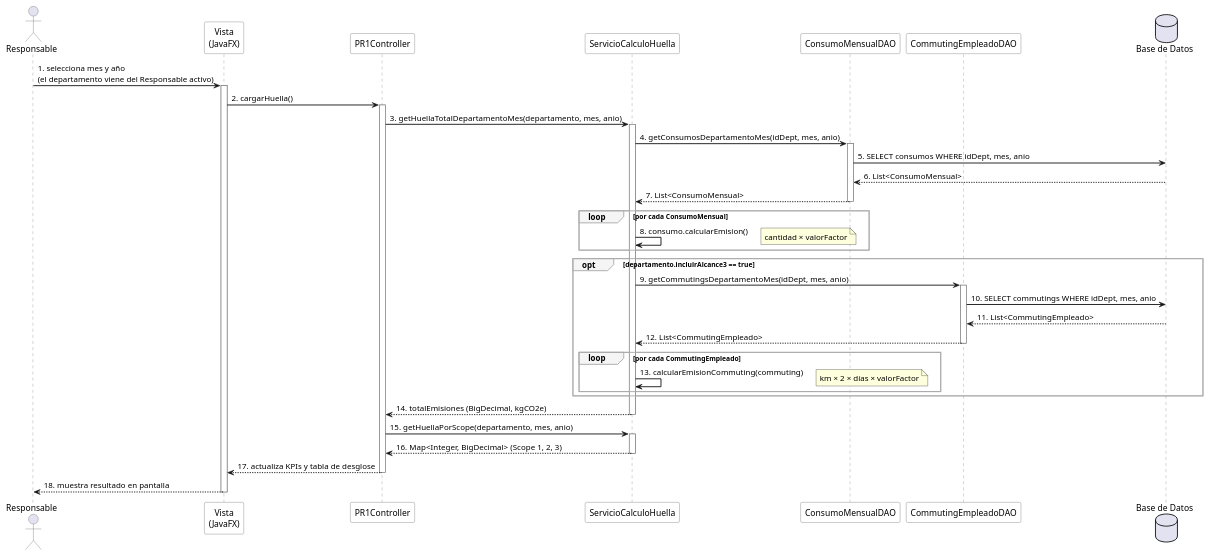
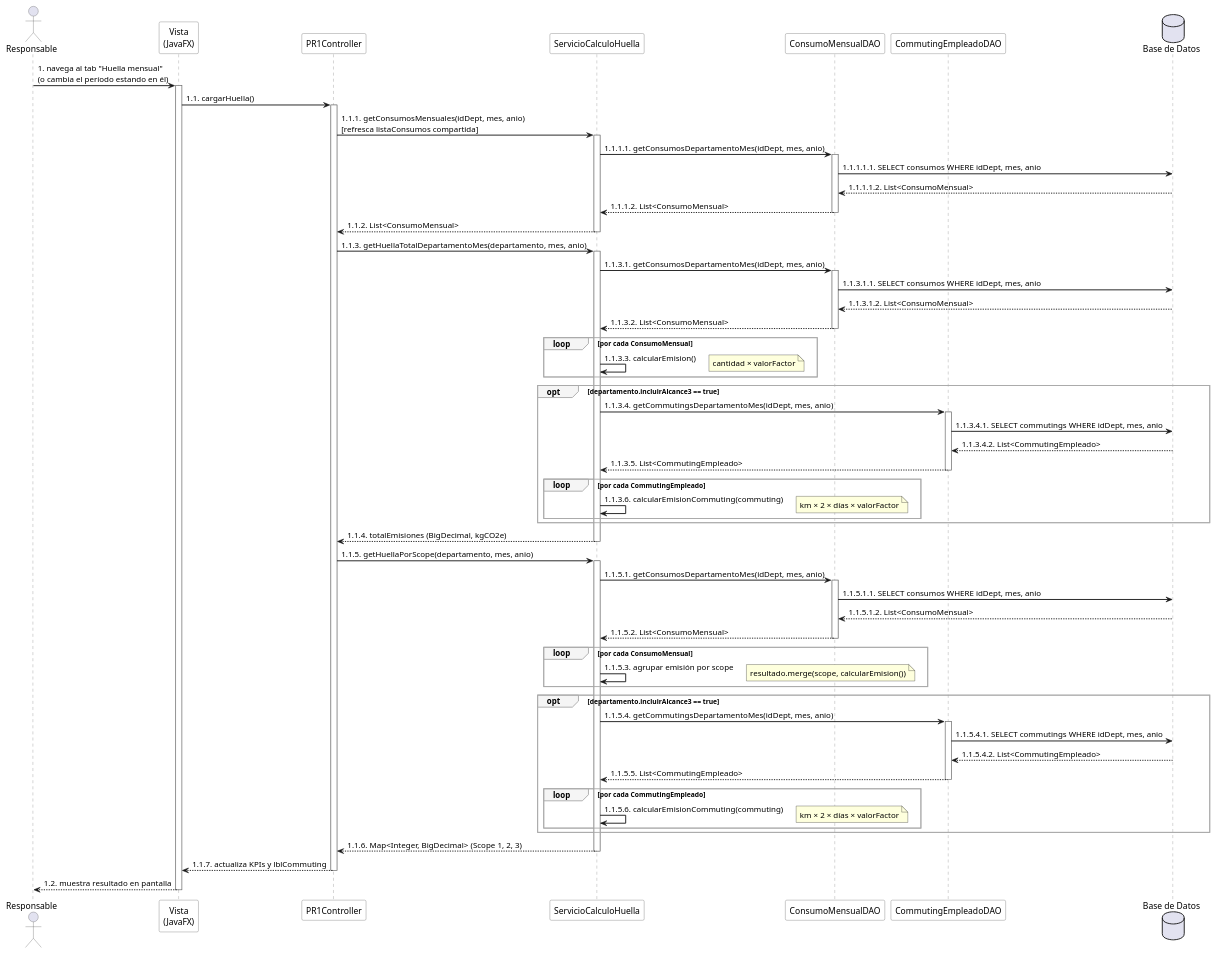
The diagram in docs/diagrams/diagrama_secuencia.puml (noeparamenos/carbonAudit_manager), drawn with PlantUML before and after one commit. The commit also changed 4 other files, not shown here.

First line of the commit message:
Refactor + Docs: encapsular DAO en Servicio y actualizar diagramas

```diff
--- a/docs/diagrams/diagrama_secuencia.puml
+++ b/docs/diagrams/diagrama_secuencia.puml
@@ -1,78 +1,117 @@
 @startuml Diagrama de Secuencia - Consultar Huella de Carbono
 
 skinparam sequenceArrowThickness 1.5
 skinparam participant {
     BackgroundColor White
     BorderColor #555
 }
 skinparam actor {
     BorderColor #555
 }
 skinparam sequence {
     LifeLineBorderColor #777
     GroupBackgroundColor #F5F5F5
     GroupBorderColor #AAAAAA
 }
 
 actor "Responsable" as Resp
 participant "Vista\n(JavaFX)" as UI
 participant "PR1Controller" as Ctrl
 participant "ServicioCalculoHuella" as Servicio
 participant "ConsumoMensualDAO" as ConsumoDAO
 participant "CommutingEmpleadoDAO" as CommutingDAO
 database "Base de Datos" as BD
 
 ' ========================= FLUJO PRINCIPAL =========================
 
-Resp -> UI : 1. selecciona mes y año\n(el departamento viene del Responsable activo)
+Resp -> UI : 1. navega al tab "Huella mensual"\n(o cambia el período estando en él)
 activate UI
 
-UI -> Ctrl : 2. cargarHuella()
+UI -> Ctrl : 1.1. cargarHuella()
 activate Ctrl
 
-Ctrl -> Servicio : 3. getHuellaTotalDepartamentoMes(departamento, mes, anio)
+' --- Paso 1: refresca listaConsumos a través del Servicio ---
+Ctrl -> Servicio : 1.1.1. getConsumosMensuales(idDept, mes, anio)\n[refresca listaConsumos compartida]
+activate Servicio
+    Servicio -> ConsumoDAO : 1.1.1.1. getConsumosDepartamentoMes(idDept, mes, anio)
+    activate ConsumoDAO
+        ConsumoDAO -> BD : 1.1.1.1.1. SELECT consumos WHERE idDept, mes, anio
+        BD --> ConsumoDAO : 1.1.1.1.2. List<ConsumoMensual>
+    ConsumoDAO --> Servicio : 1.1.1.2. List<ConsumoMensual>
+    deactivate ConsumoDAO
+Servicio --> Ctrl : 1.1.2. List<ConsumoMensual>
+deactivate Servicio
+
+' --- Paso 2: getHuellaTotalDepartamentoMes ---
+Ctrl -> Servicio : 1.1.3. getHuellaTotalDepartamentoMes(departamento, mes, anio)
 activate Servicio
 
-' --- SCOPE 1 + 2: Consumos ---
-Servicio -> ConsumoDAO : 4. getConsumosDepartamentoMes(idDept, mes, anio)
+Servicio -> ConsumoDAO : 1.1.3.1. getConsumosDepartamentoMes(idDept, mes, anio)
 activate ConsumoDAO
-    ConsumoDAO -> BD : 5. SELECT consumos WHERE idDept, mes, anio
-    BD --> ConsumoDAO : 6. List<ConsumoMensual>
-ConsumoDAO --> Servicio : 7. List<ConsumoMensual>
+    ConsumoDAO -> BD : 1.1.3.1.1. SELECT consumos WHERE idDept, mes, anio
+    BD --> ConsumoDAO : 1.1.3.1.2. List<ConsumoMensual>
+ConsumoDAO --> Servicio : 1.1.3.2. List<ConsumoMensual>
 deactivate ConsumoDAO
 
 loop por cada ConsumoMensual
-    Servicio -> Servicio : 8. consumo.calcularEmision()
+    Servicio -> Servicio : 1.1.3.3. calcularEmision()
     note right : cantidad × valorFactor
 end
 
-' --- SCOPE 3: Commuting (condicional) ---
 opt departamento.incluirAlcance3 == true
-    Servicio -> CommutingDAO : 9. getCommutingsDepartamentoMes(idDept, mes, anio)
+    Servicio -> CommutingDAO : 1.1.3.4. getCommutingsDepartamentoMes(idDept, mes, anio)
     activate CommutingDAO
-        CommutingDAO -> BD : 10. SELECT commutings WHERE idDept, mes, anio
-        BD --> CommutingDAO : 11. List<CommutingEmpleado>
-    CommutingDAO --> Servicio : 12. List<CommutingEmpleado>
+        CommutingDAO -> BD : 1.1.3.4.1. SELECT commutings WHERE idDept, mes, anio
+        BD --> CommutingDAO : 1.1.3.4.2. List<CommutingEmpleado>
+    CommutingDAO --> Servicio : 1.1.3.5. List<CommutingEmpleado>
     deactivate CommutingDAO
 
     loop por cada CommutingEmpleado
-        Servicio -> Servicio : 13. calcularEmisionCommuting(commuting)
+        Servicio -> Servicio : 1.1.3.6. calcularEmisionCommuting(commuting)
         note right : km × 2 × días × valorFactor
     end
 end
 
-Servicio --> Ctrl : 14. totalEmisiones (BigDecimal, kgCO2e)
+Servicio --> Ctrl : 1.1.4. totalEmisiones (BigDecimal, kgCO2e)
 deactivate Servicio
 
-Ctrl -> Servicio : 15. getHuellaPorScope(departamento, mes, anio)
+' --- Paso 3: getHuellaPorScope ---
+Ctrl -> Servicio : 1.1.5. getHuellaPorScope(departamento, mes, anio)
 activate Servicio
-Servicio --> Ctrl : 16. Map<Integer, BigDecimal> (Scope 1, 2, 3)
+
+Servicio -> ConsumoDAO : 1.1.5.1. getConsumosDepartamentoMes(idDept, mes, anio)
+activate ConsumoDAO
+    ConsumoDAO -> BD : 1.1.5.1.1. SELECT consumos WHERE idDept, mes, anio
+    BD --> ConsumoDAO : 1.1.5.1.2. List<ConsumoMensual>
+ConsumoDAO --> Servicio : 1.1.5.2. List<ConsumoMensual>
+deactivate ConsumoDAO
+
+loop por cada ConsumoMensual
+    Servicio -> Servicio : 1.1.5.3. agrupar emisión por scope
+    note right : resultado.merge(scope, calcularEmision())
+end
+
+opt departamento.incluirAlcance3 == true
+    Servicio -> CommutingDAO : 1.1.5.4. getCommutingsDepartamentoMes(idDept, mes, anio)
+    activate CommutingDAO
+        CommutingDAO -> BD : 1.1.5.4.1. SELECT commutings WHERE idDept, mes, anio
+        BD --> CommutingDAO : 1.1.5.4.2. List<CommutingEmpleado>
+    CommutingDAO --> Servicio : 1.1.5.5. List<CommutingEmpleado>
+    deactivate CommutingDAO
+
+    loop por cada CommutingEmpleado
+        Servicio -> Servicio : 1.1.5.6. calcularEmisionCommuting(commuting)
+        note right : km × 2 × días × valorFactor
+    end
+end
+
+Servicio --> Ctrl : 1.1.6. Map<Integer, BigDecimal> (Scope 1, 2, 3)
 deactivate Servicio
 
-Ctrl --> UI : 17. actualiza KPIs y tabla de desglose
+Ctrl --> UI : 1.1.7. actualiza KPIs y lblCommuting
 deactivate Ctrl
 
-UI --> Resp : 18. muestra resultado en pantalla
+UI --> Resp : 1.2. muestra resultado en pantalla
 deactivate UI
 
 @enduml
```
